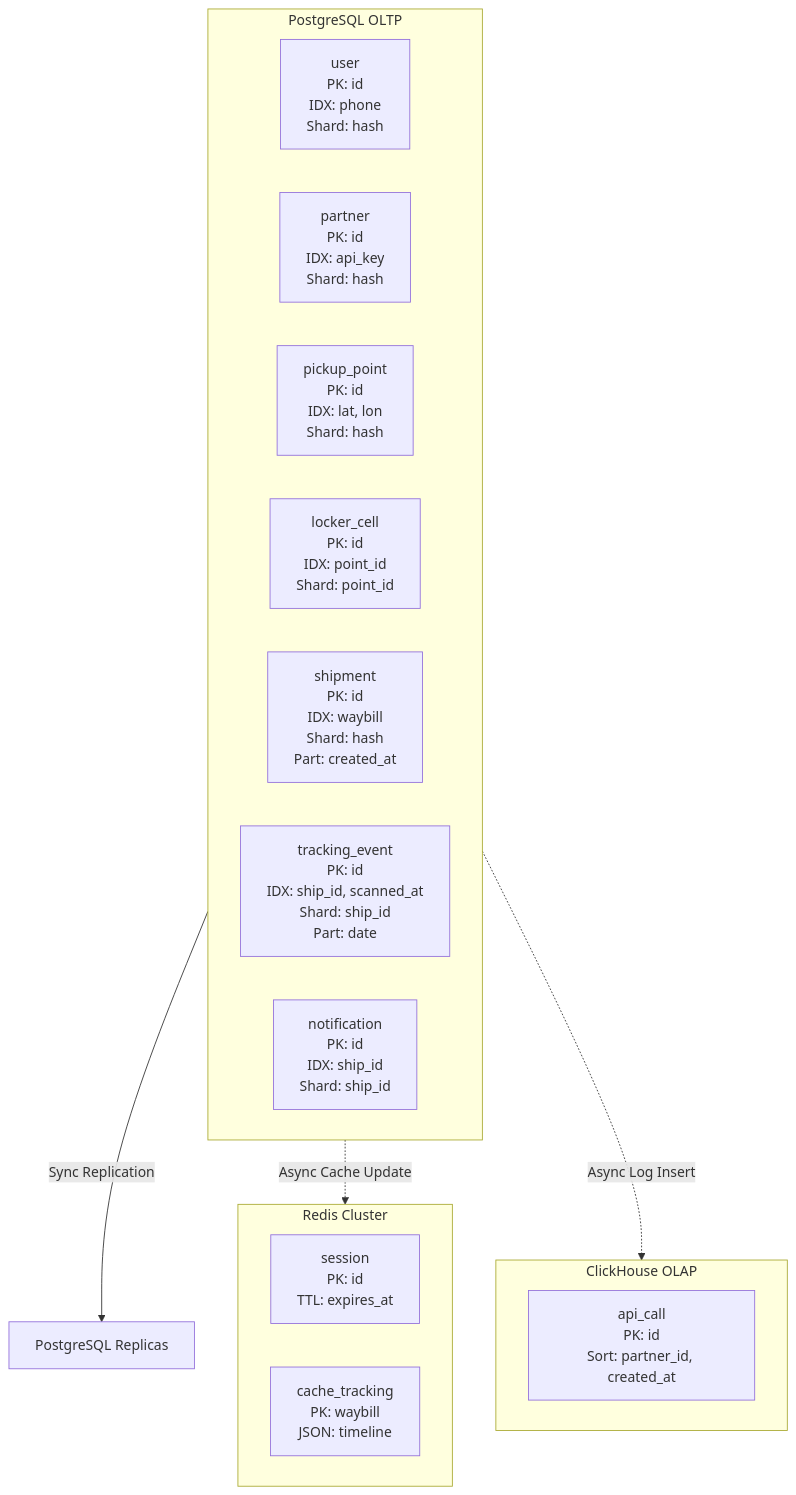
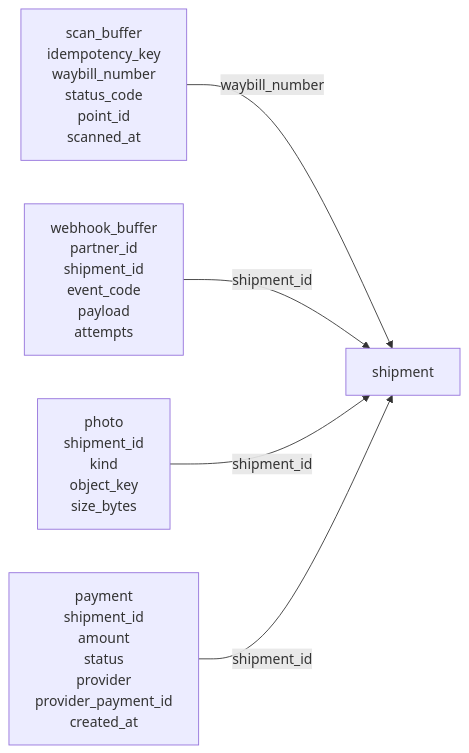
One commit to Ahandii/highload-vk-education changed the second of 3 diagrams in README.md. Above: the diagram before and after it, drawn with Mermaid. The commit also changed other lines of this file and 1 other file, not shown here.

````diff
--- a/README.md
+++ b/README.md
@@ -429,27 +425,13 @@
 ```mermaid
-flowchart TD
-    subgraph PG [PostgreSQL OLTP]
-        U["user<br/>PK: id<br/>IDX: phone<br/>Shard: hash"]
-        P["partner<br/>PK: id<br/>IDX: api_key<br/>Shard: hash"]
-        PP["pickup_point<br/>PK: id<br/>IDX: lat, lon<br/>Shard: hash"]
-        LC["locker_cell<br/>PK: id<br/>IDX: point_id<br/>Shard: point_id"]
-        S["shipment<br/>PK: id<br/>IDX: waybill<br/>Shard: hash<br/>Part: created_at"]
-        TE["tracking_event<br/>PK: id<br/>IDX: ship_id, scanned_at<br/>Shard: ship_id<br/>Part: date"]
-        N["notification<br/>PK: id<br/>IDX: ship_id<br/>Shard: ship_id"]
-    end
+flowchart LR
+    S["shipment"]
+    SB["scan_buffer<br/>idempotency_key<br/>waybill_number<br/>status_code<br/>point_id<br/>scanned_at"]
+    WB["webhook_buffer<br/>partner_id<br/>shipment_id<br/>event_code<br/>payload<br/>attempts"]
+    PH["photo<br/>shipment_id<br/>kind<br/>object_key<br/>size_bytes"]
+    PAY["payment<br/>shipment_id<br/>amount<br/>status<br/>provider<br/>provider_payment_id<br/>created_at"]
 
-    subgraph RD [Redis Cluster]
-        SE["session<br/>PK: id<br/>TTL: expires_at"]
-        CT["cache_tracking<br/>PK: waybill<br/>JSON: timeline"]
-    end
-
-    subgraph CH [ClickHouse OLAP]
-        AC["api_call<br/>PK: id<br/>Sort: partner_id, created_at"]
-    end
-
-    PG_R["PostgreSQL Replicas"]
-    
-    PG -->|Sync Replication| PG_R
-    PG -.->|Async Cache Update| RD
-    PG -.->|Async Log Insert| CH
+    SB -->|waybill_number| S
+    WB -->|shipment_id| S
+    PH -->|shipment_id| S
+    PAY -->|shipment_id| S
 ```
````
